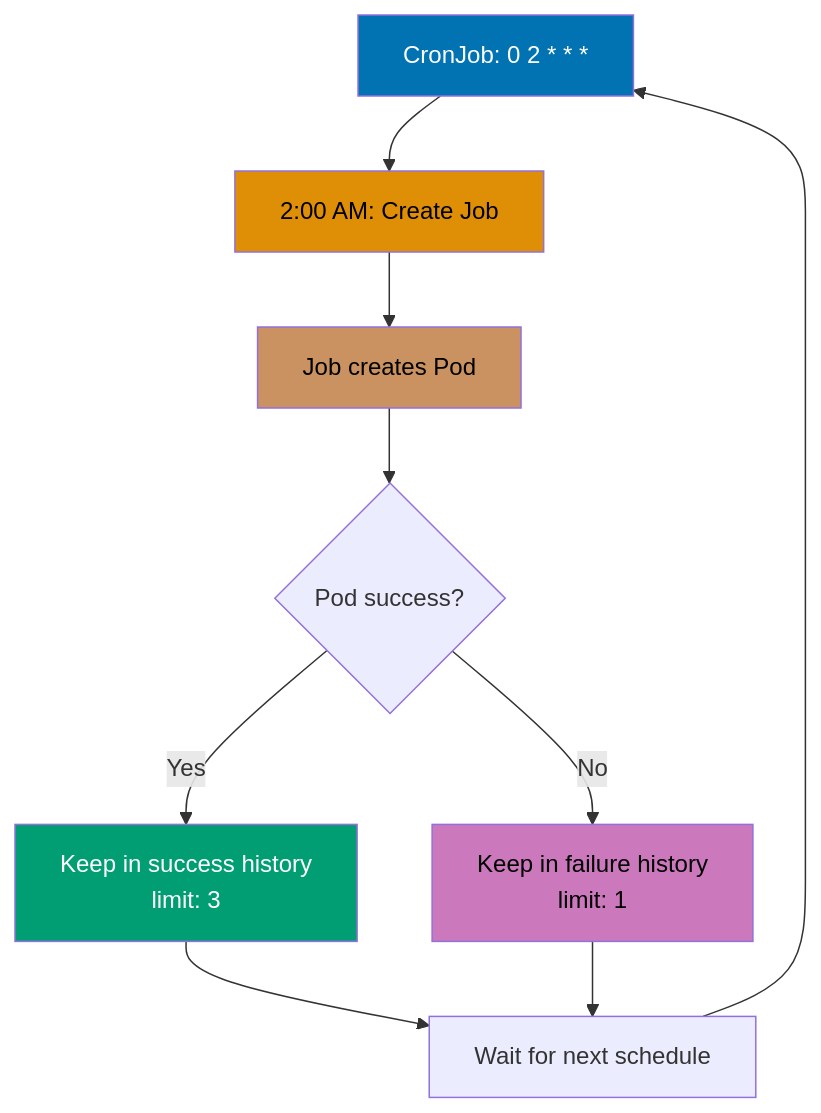
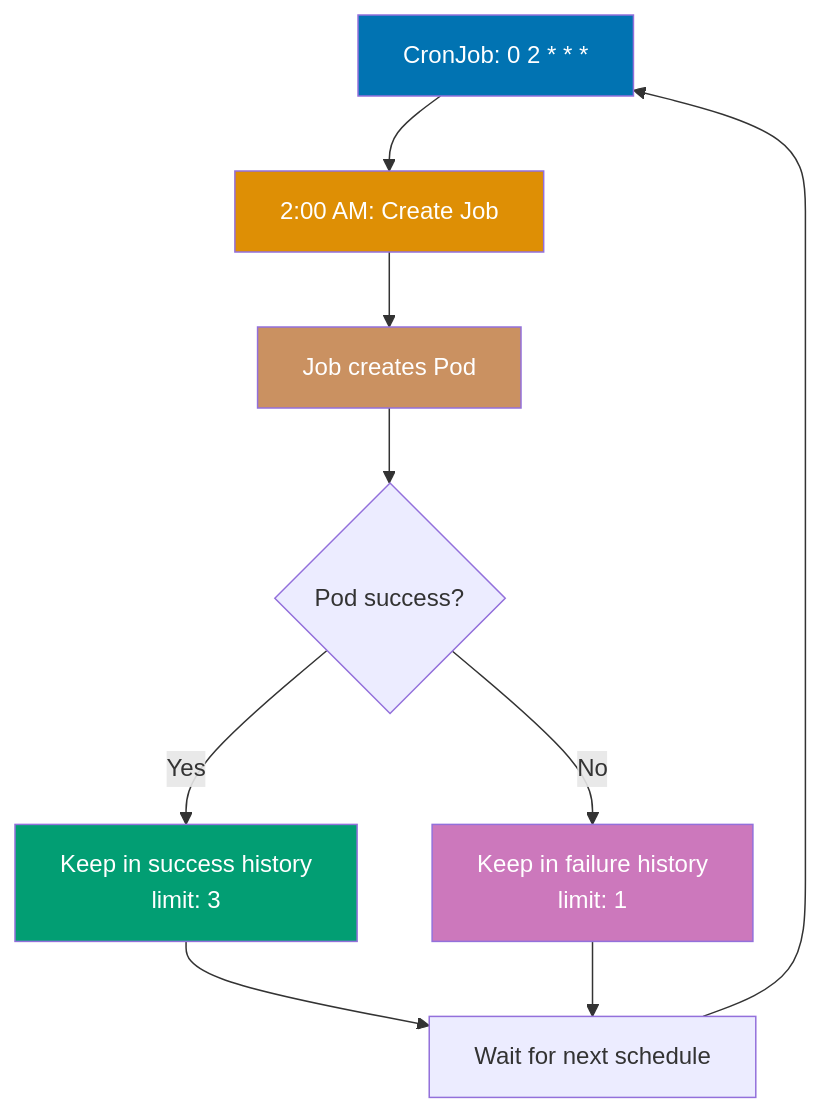
Before and after one commit to wahidyankf/open-sharia-enterprise: the fifth of 12 diagrams in apps/ayokoding-web/content/en/learn/software-engineering/infrastructure/tools/kubernetes/by-example/intermediate.md, drawn with Mermaid. The commit also changed other lines of this file and 61 other files, not shown here.

First line of the commit message:
fix(ayokoding-web): quote Mermaid node labels with special characters in Example 63

````diff
--- a/apps/ayokoding-web/content/en/learn/software-engineering/infrastructure/tools/kubernetes/by-example/intermediate.md
+++ b/apps/ayokoding-web/content/en/learn/software-engineering/infrastructure/tools/kubernetes/by-example/intermediate.md
@@ -1005,18 +1005,18 @@
 ```mermaid
 %% CronJob scheduling
 graph TD
     A[CronJob: 0 2 * * *] --> B[2:00 AM: Create Job]
     B --> C[Job creates Pod]
     C --> D{Pod success?}
     D -->|Yes| E[Keep in success history<br/>limit: 3]
     D -->|No| F[Keep in failure history<br/>limit: 1]
     E --> G[Wait for next schedule]
     F --> G
     G --> A
 
     style A fill:#0173B2,color:#fff
-    style B fill:#DE8F05,color:#000
-    style C fill:#CA9161,color:#000
+    style B fill:#DE8F05,color:#fff
+    style C fill:#CA9161,color:#fff
     style E fill:#029E73,color:#fff
-    style F fill:#CC78BC,color:#000
+    style F fill:#CC78BC,color:#fff
 ```
````
